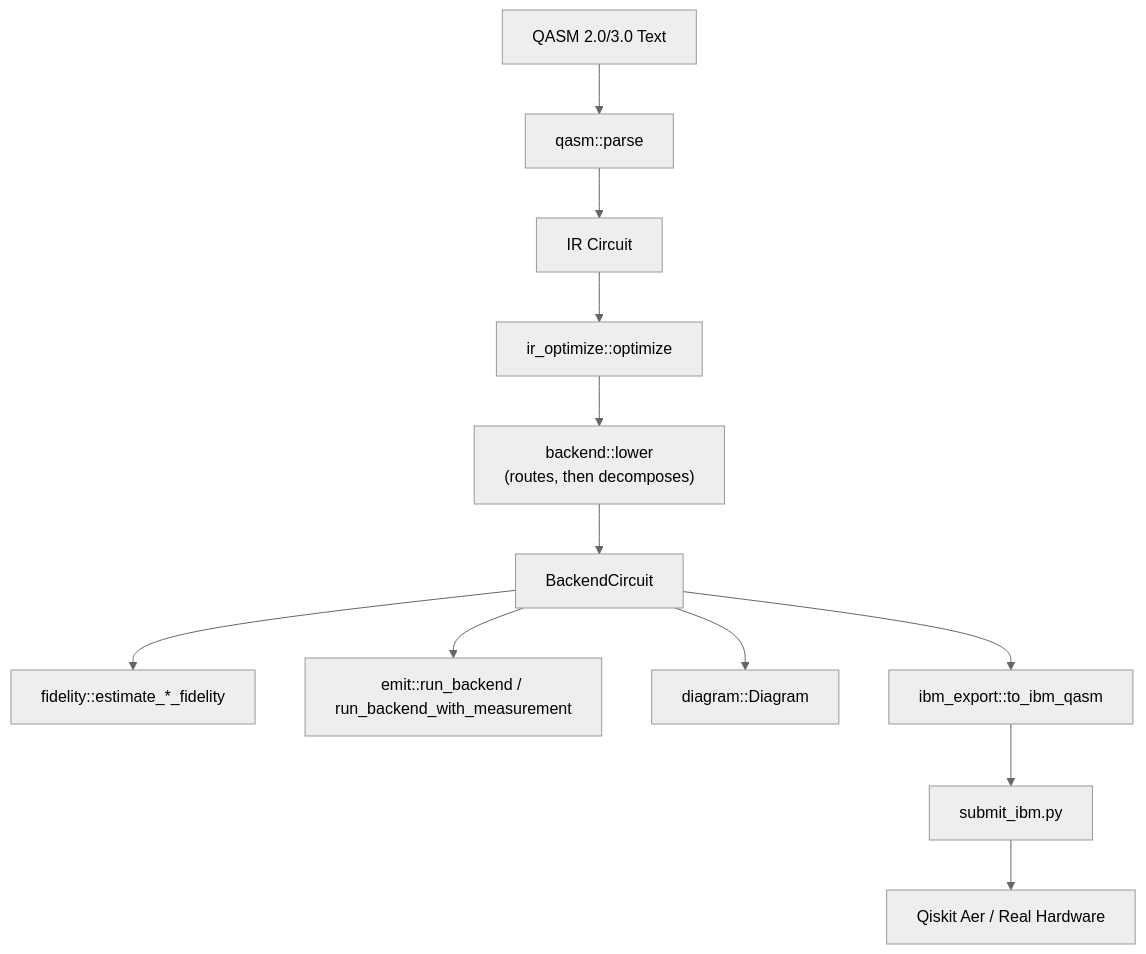
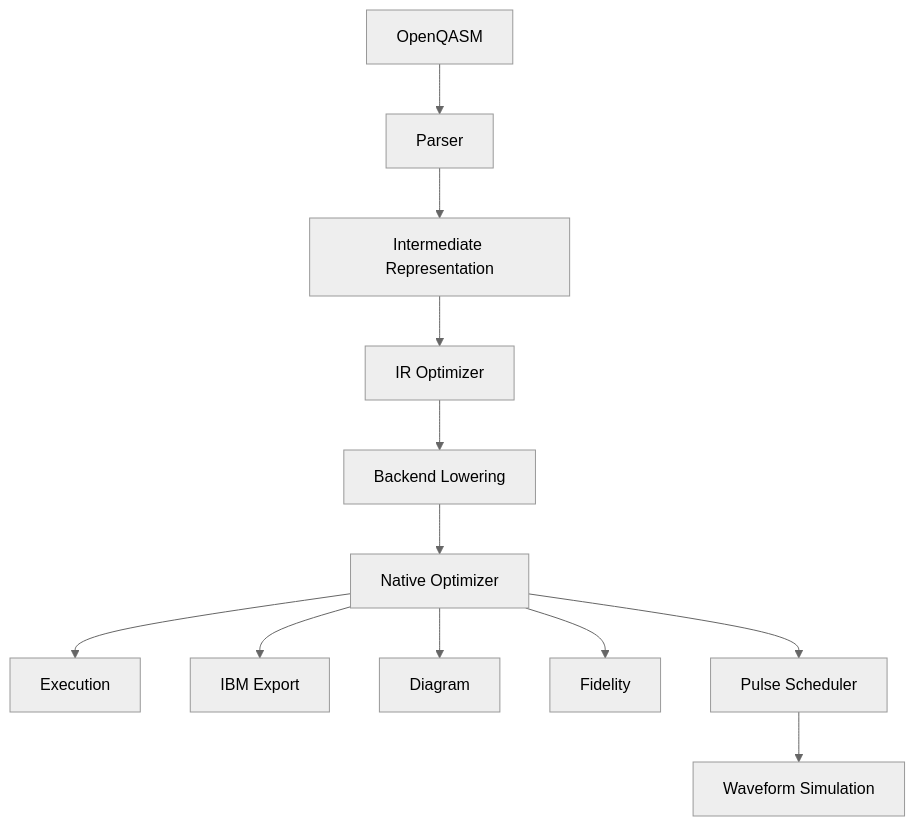
Before and after one commit to sirraya-labs/QuTub-Transpiler: the second of 2 diagrams in README.md, drawn with Mermaid (neutral theme). The commit also changed other lines of this file, not shown here.

Commit message:
docs: improve README with expanded project overview, architecture, and getting started guide

````diff
--- a/README.md
+++ b/README.md
@@ -111,16 +282,49 @@
 ```mermaid
 flowchart TD
-    QASM["QASM 2.0/3.0 Text"] --> PARSE["qasm::parse"]
-    PARSE --> IR["IR Circuit"]
-    IR --> OPT["ir_optimize::optimize"]
-    OPT --> LOWER["backend::lower<br/>(routes, then decomposes)"]
-    LOWER --> BC["BackendCircuit"]
 
-    BC --> FID["fidelity::estimate_*_fidelity"]
-    BC --> EXEC["emit::run_backend / run_backend_with_measurement"]
-    BC --> DIAG["diagram::Diagram"]
-    BC --> IBM["ibm_export::to_ibm_qasm"]
+QASM["OpenQASM"]
 
-    IBM --> SUBMIT["submit_ibm.py"]
-    SUBMIT --> QISKIT["Qiskit Aer / Real Hardware"]
+PARSE["Parser"]
+
+IR["Intermediate Representation"]
+
+IROPT["IR Optimizer"]
+
+LOWER["Backend Lowering"]
+
+OPT["Native Optimizer"]
+
+EXEC["Execution"]
+
+IBM["IBM Export"]
+
+DIAGRAM["Diagram"]
+
+FID["Fidelity"]
+
+PULSE["Pulse Scheduler"]
+
+WAVE["Waveform Simulation"]
+
+QASM --> PARSE
+
+PARSE --> IR
+
+IR --> IROPT
+
+IROPT --> LOWER
+
+LOWER --> OPT
+
+OPT --> EXEC
+
+OPT --> IBM
+
+OPT --> DIAGRAM
+
+OPT --> FID
+
+OPT --> PULSE
+
+PULSE --> WAVE
 ```
````
